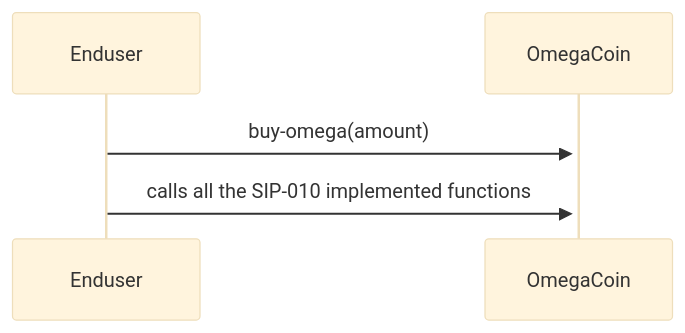
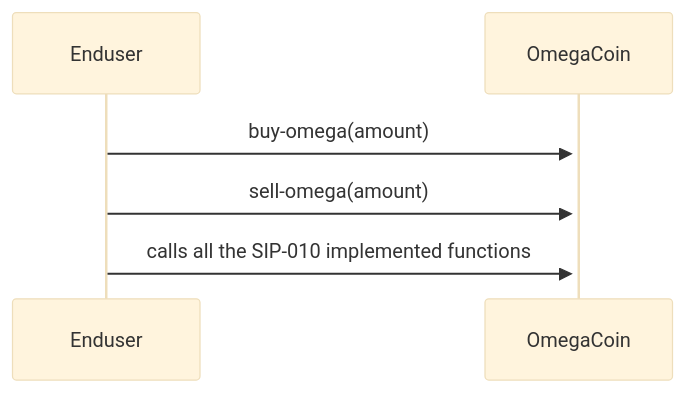
Before and after one commit to tintash/clarity-projects: the diagram in 003-ft/clarinet-projects/arsalankhan/my-token-contract/diagrams/EndUser.mmd, drawn with Mermaid (base theme). The commit also changed 7 other files, not shown here.

Commit message:
changes in the diagrams and selling by a common user is addded

```diff
--- a/003-ft/clarinet-projects/arsalankhan/my-token-contract/diagrams/EndUser.mmd
+++ b/003-ft/clarinet-projects/arsalankhan/my-token-contract/diagrams/EndUser.mmd
@@ -1,3 +1,4 @@
 sequenceDiagram
   Enduser->>+OmegaCoin: buy-omega(amount)
+  Enduser->>+OmegaCoin: sell-omega(amount)
   Enduser->>+OmegaCoin: calls all the SIP-010 implemented functions
```
